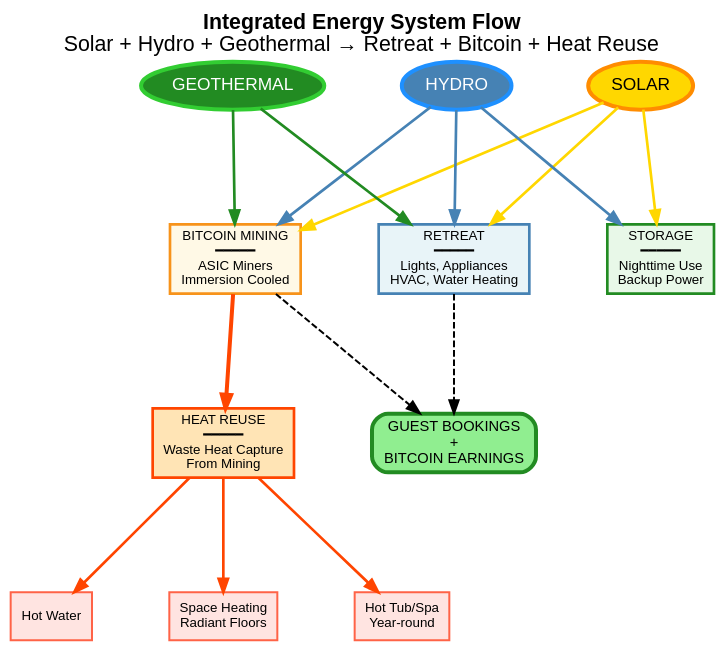
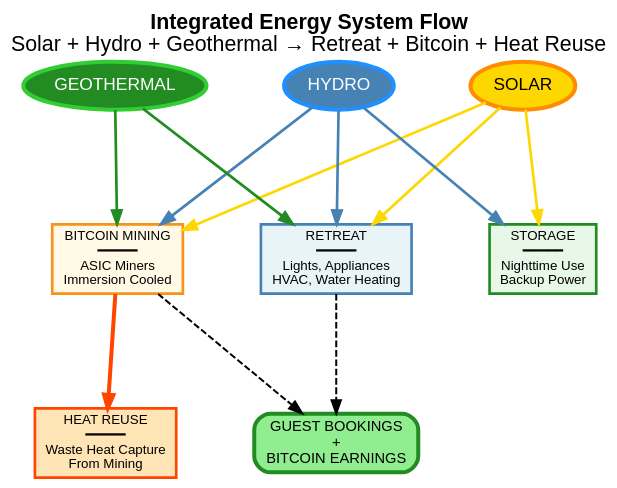
The diagram in scripts/image-generation/diagrams/energy_flow.dot (offgridfarmstays/website), drawn with Graphviz before and after one commit. The commit also changed 7 other files, not shown here.

First line of the commit message:
Remove heat application nodes from energy diagram and fix image sizing

```diff
--- a/scripts/image-generation/diagrams/energy_flow.dot
+++ b/scripts/image-generation/diagrams/energy_flow.dot
@@ -1,71 +1,60 @@
 // Energy Flow Diagram for Offgrid Farmstays
 // Generate with: dot -Tpng energy_flow.dot -o ../../assets/diagrams/energy_flow.png
 
 digraph EnergyFlow {
     // Graph settings
     rankdir=TB;
     bgcolor="transparent";
     fontname="Arial";
     compound=true;
     nodesep=0.8;
     ranksep=1.2;
 
     // Node styles
     node [fontname="Arial", fontsize=11, style=filled];
 
     // Energy source nodes
     solar [label="SOLAR", shape=ellipse, fillcolor="#FFD700", fontcolor=black, penwidth=3, color="#FF8C00", fontsize=13];
     hydro [label="HYDRO", shape=ellipse, fillcolor="#4682B4", fontcolor=white, penwidth=3, color="#1E90FF", fontsize=13];
     geo [label="GEOTHERMAL", shape=ellipse, fillcolor="#228B22", fontcolor=white, penwidth=3, color="#32CD32", fontsize=13];
 
     // Distribution nodes with titles inside
     retreat [label="RETREAT\n━━━━━\nLights, Appliances\nHVAC, Water Heating", shape=box, fillcolor="#E8F4F8", color="#4682B4", penwidth=2, fontsize=10];
     mining [label="BITCOIN MINING\n━━━━━\nASIC Miners\nImmersion Cooled", shape=box, fillcolor="#FFF9E6", color="#F7931A", penwidth=2, fontsize=10];
     battery [label="STORAGE\n━━━━━\nNighttime Use\nBackup Power", shape=box, fillcolor="#E8F8E8", color="#228B22", penwidth=2, fontsize=10];
 
     // Heat reuse node
     heat [label="HEAT REUSE\n━━━━━\nWaste Heat Capture\nFrom Mining", shape=box, fillcolor="#FFE4B5", color="#FF4500", penwidth=2, fontsize=10];
 
-    // Heat applications
-    hotwater [label="Hot Water", shape=box, fillcolor="#FFE4E1", color="#FF6347", penwidth=1.5, fontsize=10];
-    heating [label="Space Heating\nRadiant Floors", shape=box, fillcolor="#FFE4E1", color="#FF6347", penwidth=1.5, fontsize=10];
-    hottub [label="Hot Tub/Spa\nYear-round", shape=box, fillcolor="#FFE4E1", color="#FF6347", penwidth=1.5, fontsize=10];
-
     // Revenue
     revenue [label="GUEST BOOKINGS\n+\nBITCOIN EARNINGS", shape=box, style="filled,rounded", fillcolor="#90EE90", color="#228B22", penwidth=3, fontsize=11];
 
     // Rank groupings
     {rank=same; solar; hydro; geo;}
     {rank=same; retreat; mining; battery;}
-    {rank=same; heat;}
-    {rank=same; hotwater; heating; hottub;}
+    {rank=same; heat; revenue;}
 
     // Energy source connections to distribution
     solar -> retreat [penwidth=2, color="#FFD700"];
     solar -> mining [penwidth=2, color="#FFD700"];
     solar -> battery [penwidth=2, color="#FFD700"];
 
     hydro -> retreat [penwidth=2, color="#4682B4"];
     hydro -> mining [penwidth=2, color="#4682B4"];
     hydro -> battery [penwidth=2, color="#4682B4"];
 
     geo -> retreat [penwidth=2, color="#228B22"];
     geo -> mining [penwidth=2, color="#228B22"];
 
     // Heat connections
     mining -> heat [penwidth=3, color="#FF4500"];
 
-    // Heat applications
-    heat -> hotwater [penwidth=2, color="#FF4500"];
-    heat -> heating [penwidth=2, color="#FF4500"];
-    heat -> hottub [penwidth=2, color="#FF4500"];
-
     // Revenue connections
     retreat -> revenue [style=dashed, penwidth=1.5];
     mining -> revenue [style=dashed, penwidth=1.5];
 
     // Title
     labelloc="t";
     label=<<b>Integrated Energy System Flow</b><br/>Solar + Hydro + Geothermal → Retreat + Bitcoin + Heat Reuse>;
     fontsize=16;
 }
```
